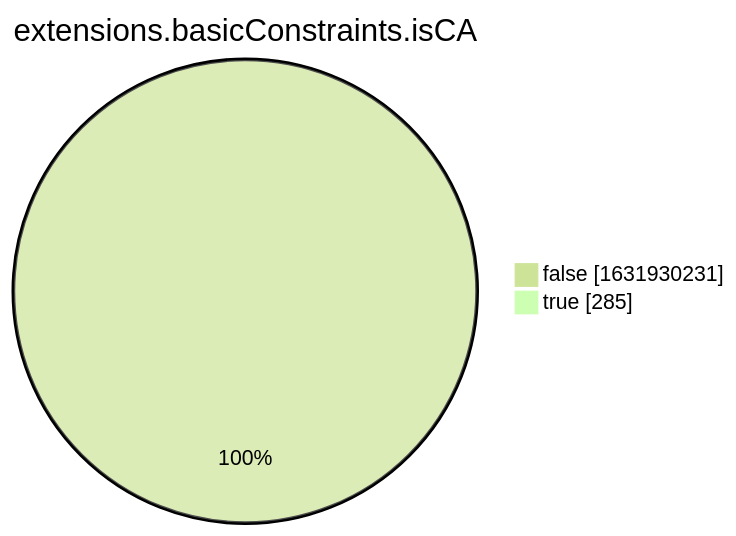
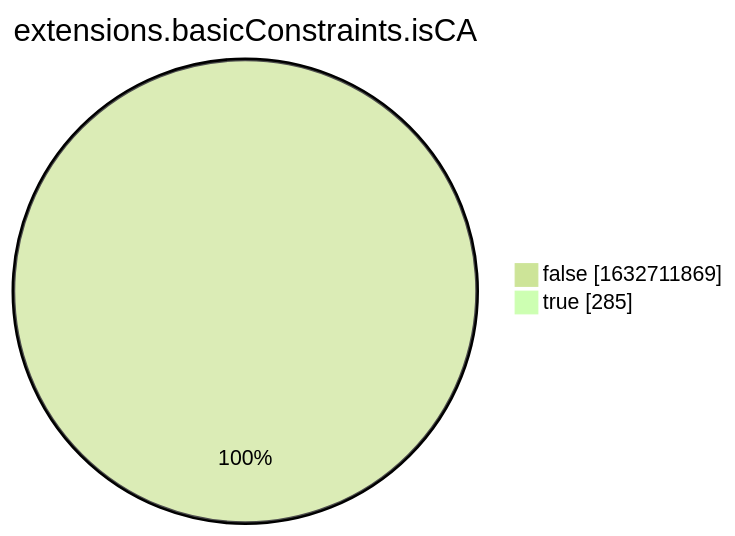
The eighth of 15 diagrams in xenon2022/README.md (christiankrug/ctmonitor_visualization), drawn with Mermaid (forest theme) before and after one commit. The commit also changed other lines of this file, not shown here.

````diff
--- a/xenon2022/README.md
+++ b/xenon2022/README.md
@@ -2863,6 +2863,6 @@
 ```mermaid
 pie showData
 title extensions.basicConstraints.isCA
-"false" :1631930231
+"false" :1632711869
 "true" :285
 ```
````
